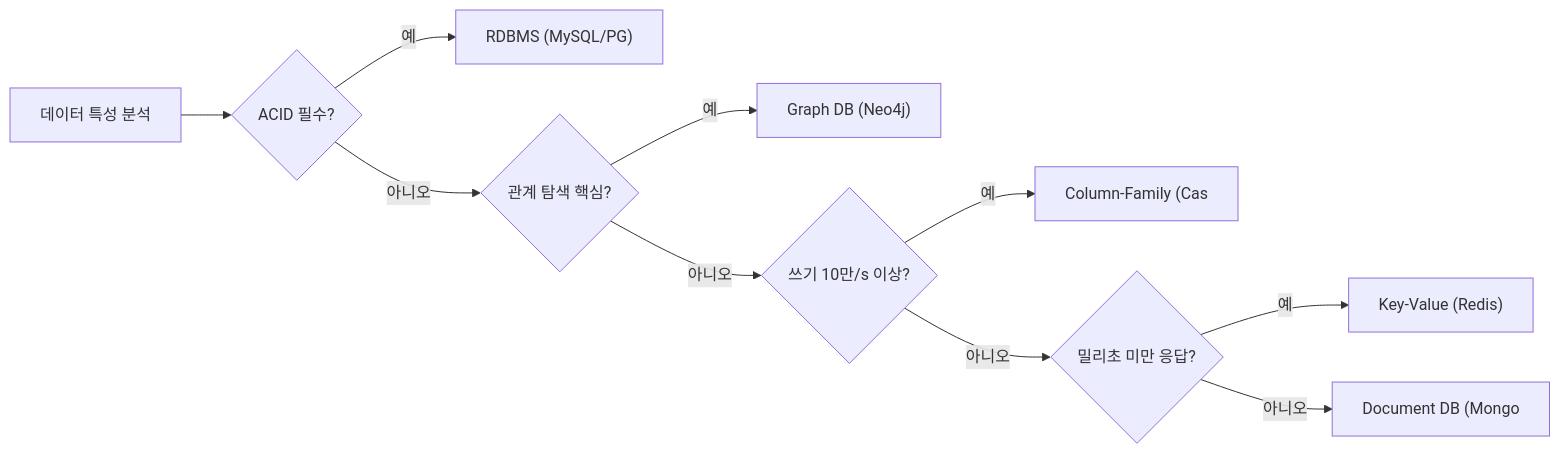
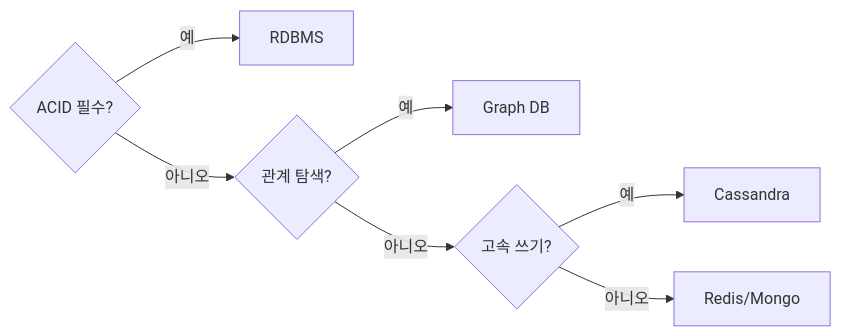
One commit to yjkim2015/yjkim2015.github.io changed the fifth of 7 diagrams in _posts/nosql/2026-05-03-nosql-comparison.md. Above: the diagram before and after it, drawn with Mermaid. The commit also changed other lines of this file and 163 other files, not shown here.

First line of the commit message:
Mermaid 300개 블록 내용 축소: 5노드 5엣지 이하, 의미 있는 약어

````diff
--- a/_posts/nosql/2026-05-03-nosql-comparison.md
+++ b/_posts/nosql/2026-05-03-nosql-comparison.md
@@ -215,12 +211,9 @@
 ```mermaid
-flowchart LR
-    START["데이터 특성 분석"] --> Q1{"ACID 필수?"}
-    Q1 -- 예 --> RDBMS["RDBMS (MySQL/PG)"]
-    Q1 -- 아니오 --> Q2{"관계 탐색 핵심?"}
-    Q2 -- 예 --> GRAPH["Graph DB (Neo4j)"]
-    Q2 -- 아니오 --> Q3{"쓰기 10만/s 이상?"}
-    Q3 -- 예 --> COLUMN["Column-Family (Cas"]
-    Q3 -- 아니오 --> Q4{"밀리초 미만 응답?"}
-    Q4 -- 예 --> KV["Key-Value (Redis)"]
-    Q4 -- 아니오 --> DOC["Document DB (Mongo"]
+graph LR
+    Q1{"ACID 필수?"} -->|예| RDBMS["RDBMS"]
+    Q1 -->|아니오| Q2{"관계 탐색?"}
+    Q2 -->|예| GRAPH["Graph DB"]
+    Q2 -->|아니오| Q3{"고속 쓰기?"}
+    Q3 -->|예| COLUMN["Cassandra"]
+    Q3 -->|아니오| KV["Redis/Mongo"]
 ```
````
